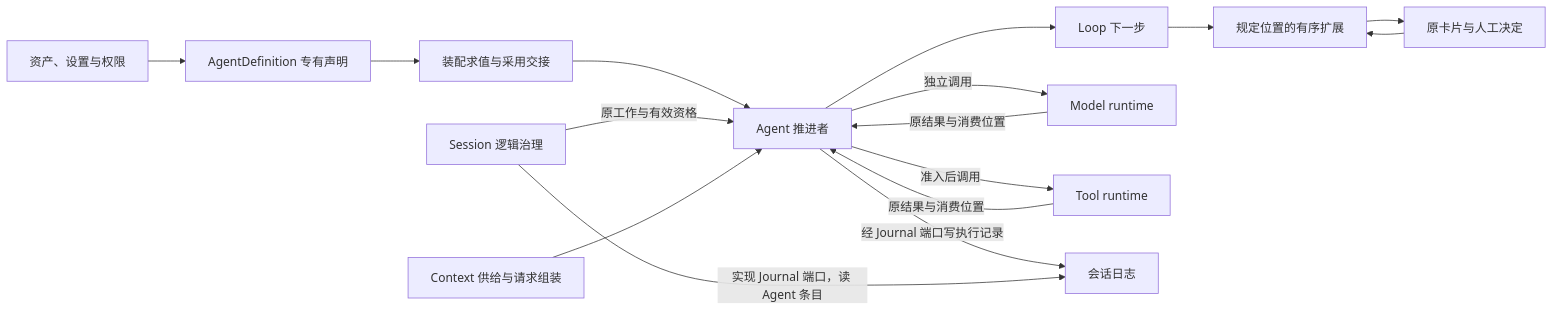
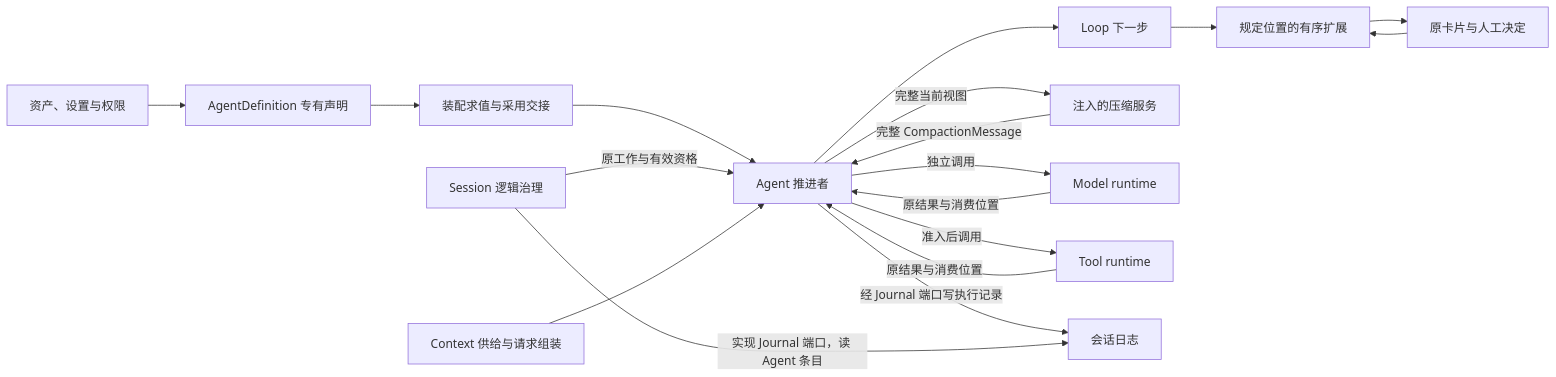
One commit to nemori-ai/omne-harness-lite changed the diagram in docs/domains/agent-progression/architecture.md. Above: the diagram before and after it, drawn with Mermaid. The commit also changed other lines of this file and 49 other files, not shown here.

````diff
--- a/docs/domains/agent-progression/architecture.md
+++ b/docs/domains/agent-progression/architecture.md
@@ -20,18 +21,20 @@
 ```mermaid
 flowchart LR
     Assets[资产、设置与权限] --> Definition[AgentDefinition 专有声明]
     Definition --> Assembly[装配求值与采用交接]
     Assembly --> Agent[Agent 推进者]
     Session[Session 逻辑治理] -->|原工作与有效资格| Agent
     Context[Context 供给与请求组装] --> Agent
     Agent --> Loop[Loop 下一步]
     Loop --> Extensions[规定位置的有序扩展]
     Extensions --> HITL[原卡片与人工决定]
     HITL --> Extensions
+    Agent -->|完整当前视图| Compact[注入的压缩服务]
+    Compact -->|完整 CompactionMessage| Agent
     Agent -->|独立调用| Model[Model runtime]
     Agent -->|准入后调用| Tool[Tool runtime]
     Model -->|原结果与消费位置| Agent
     Tool -->|原结果与消费位置| Agent
     Agent -->|经 Journal 端口写执行记录| Log[会话日志]
     Session -->|实现 Journal 端口，读 Agent 条目| Log
 ```
````
